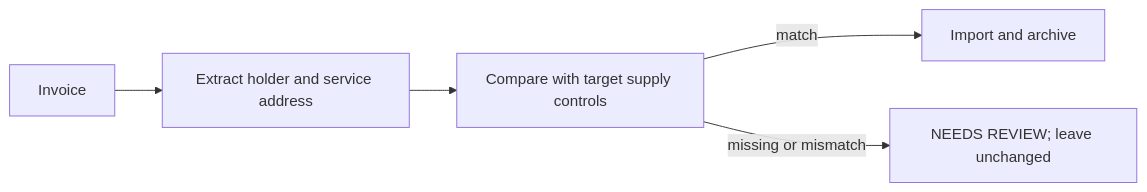
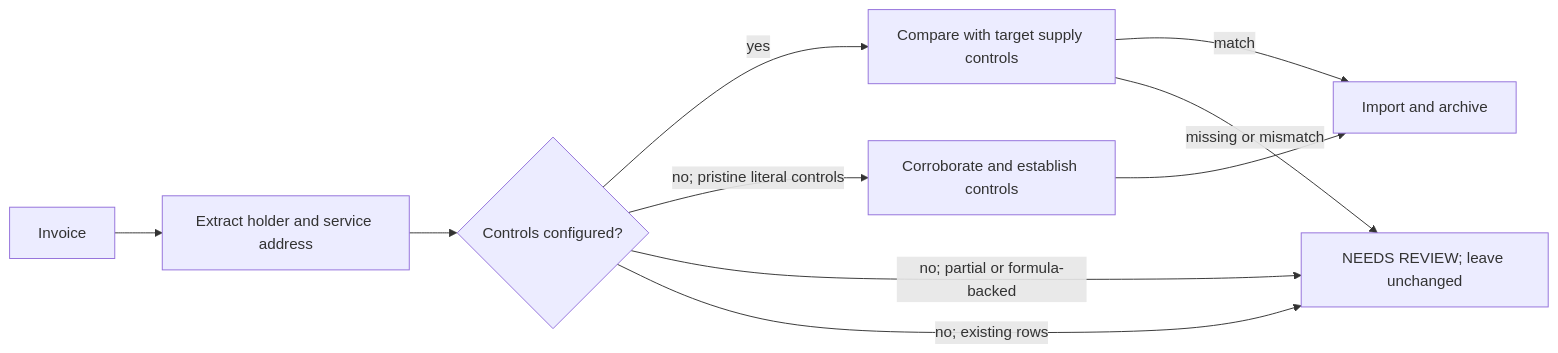
One commit to marcomc/Google-Drive-Utilities-Cataloger changed the third of 3 diagrams in docs/OPERATIONS.md. Above: the diagram before and after it, drawn with Mermaid. The commit also changed other lines of this file and 11 other files, not shown here.

First line of the commit message:
Establish service identity controls and improve localization for version 0.4.3 (#14)

````diff
--- a/docs/OPERATIONS.md
+++ b/docs/OPERATIONS.md
@@ -58,7 +58,12 @@
 ```mermaid
 flowchart LR
   invoice["Invoice"] --> extract["Extract holder and service address"]
-  extract --> compare["Compare with target supply controls"]
+  extract --> state{"Controls configured?"}
+  state -- "yes" --> compare["Compare with target supply controls"]
+  state -- "no; pristine literal controls" --> bootstrap["Corroborate and establish controls"]
+  state -- "no; partial or formula-backed" --> review["NEEDS REVIEW; leave unchanged"]
+  state -- "no; existing rows" --> review["NEEDS REVIEW; leave unchanged"]
+  bootstrap --> import["Import and archive"]
   compare -- "match" --> import["Import and archive"]
   compare -- "missing or mismatch" --> review["NEEDS REVIEW; leave unchanged"]
 ```
````
